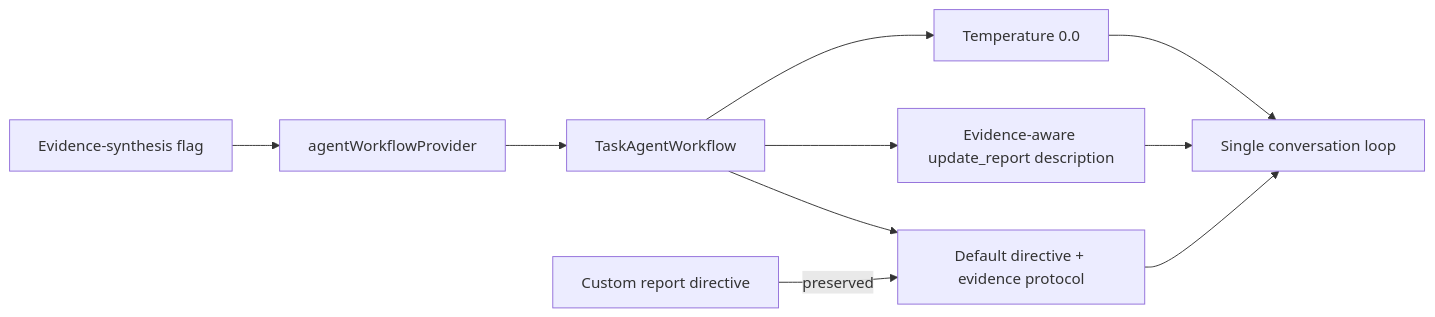
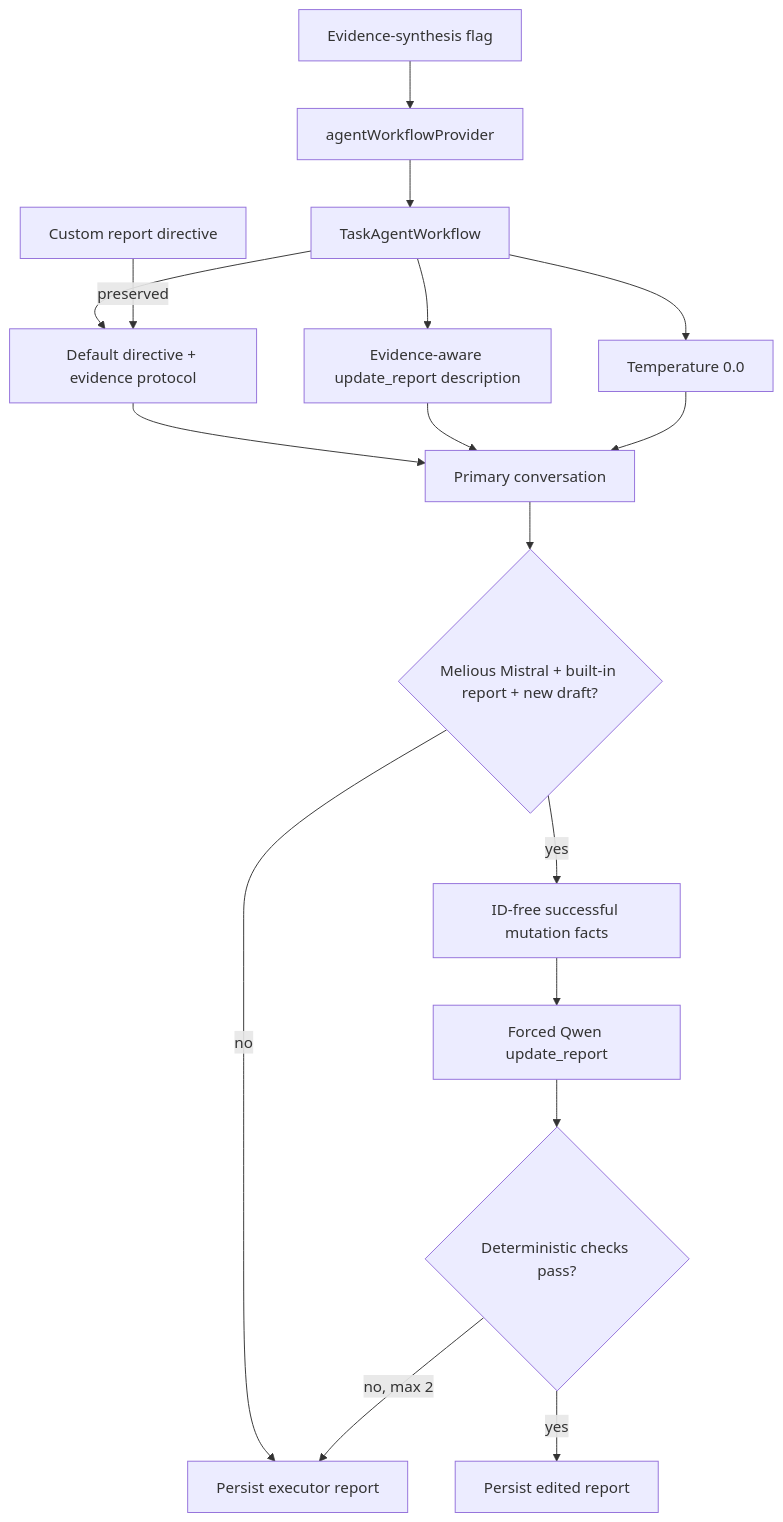
One commit to matthiasn/lotti changed the tenth of 20 diagrams in lib/features/agents/README.md. Above: the diagram before and after it, drawn with Mermaid. The commit also changed other lines of this file and 31 other files, not shown here.

Commit message:
feat: add validated Mistral report editing

````diff
--- a/lib/features/agents/README.md
+++ b/lib/features/agents/README.md
@@ -862,12 +888,19 @@
 ```mermaid
-flowchart LR
+flowchart TD
   Flag["Evidence-synthesis flag"] --> Provider["agentWorkflowProvider"]
   Provider --> Workflow["TaskAgentWorkflow"]
   Workflow --> Prompt["Default directive + evidence protocol"]
   Workflow --> Tools["Evidence-aware update_report description"]
   Workflow --> Sampling["Temperature 0.0"]
   Custom["Custom report directive"] -->|preserved| Prompt
-  Prompt --> Conversation["Single conversation loop"]
-  Tools --> Conversation
-  Sampling --> Conversation
+  Prompt --> Executor["Primary conversation"]
+  Tools --> Executor
+  Sampling --> Executor
+  Executor --> Gate{"Melious Mistral + built-in report + new draft?"}
+  Gate -->|no| Persist["Persist executor report"]
+  Gate -->|yes| Facts["ID-free successful mutation facts"]
+  Facts --> Editor["Forced Qwen update_report"]
+  Editor --> Validate{"Deterministic checks pass?"}
+  Validate -->|yes| PersistEdited["Persist edited report"]
+  Validate -->|no, max 2| Persist
 ```
````
